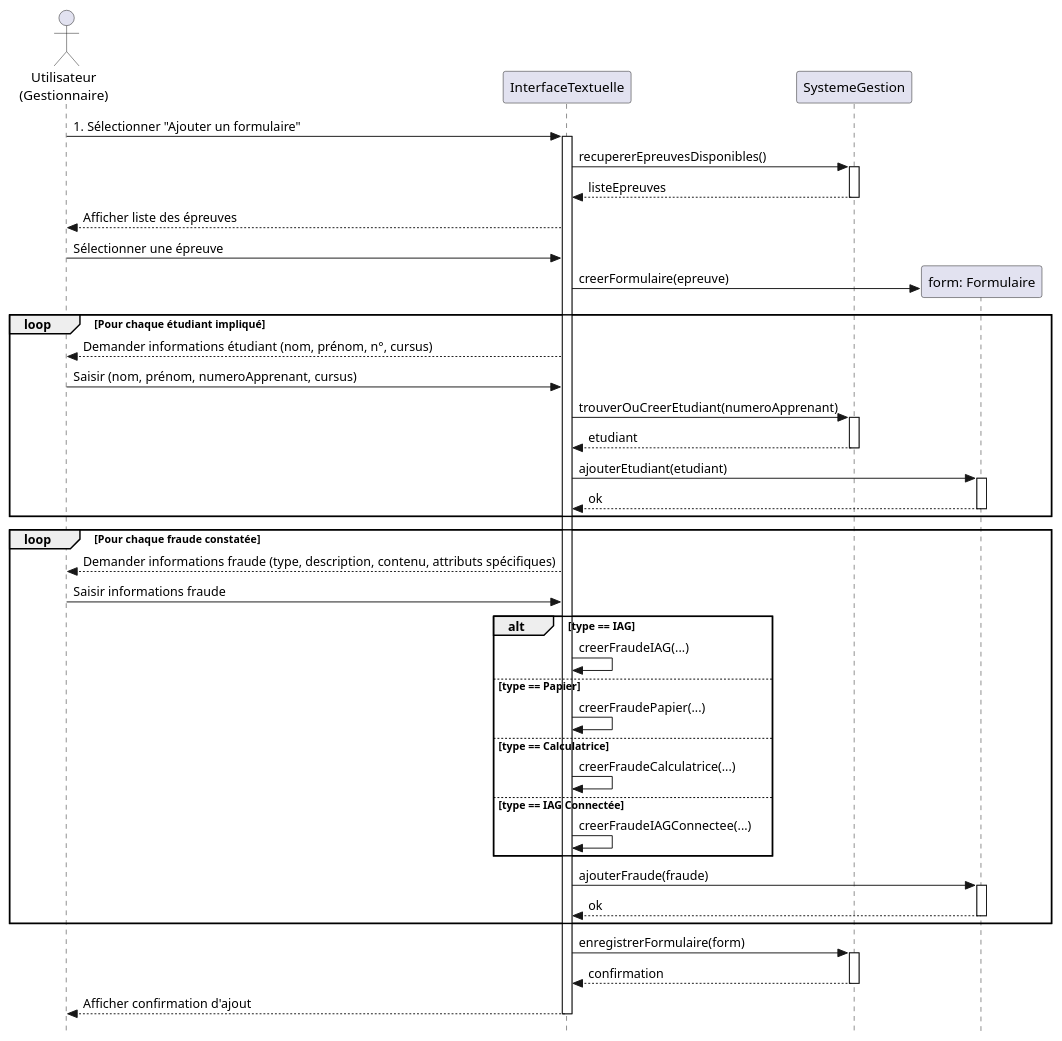
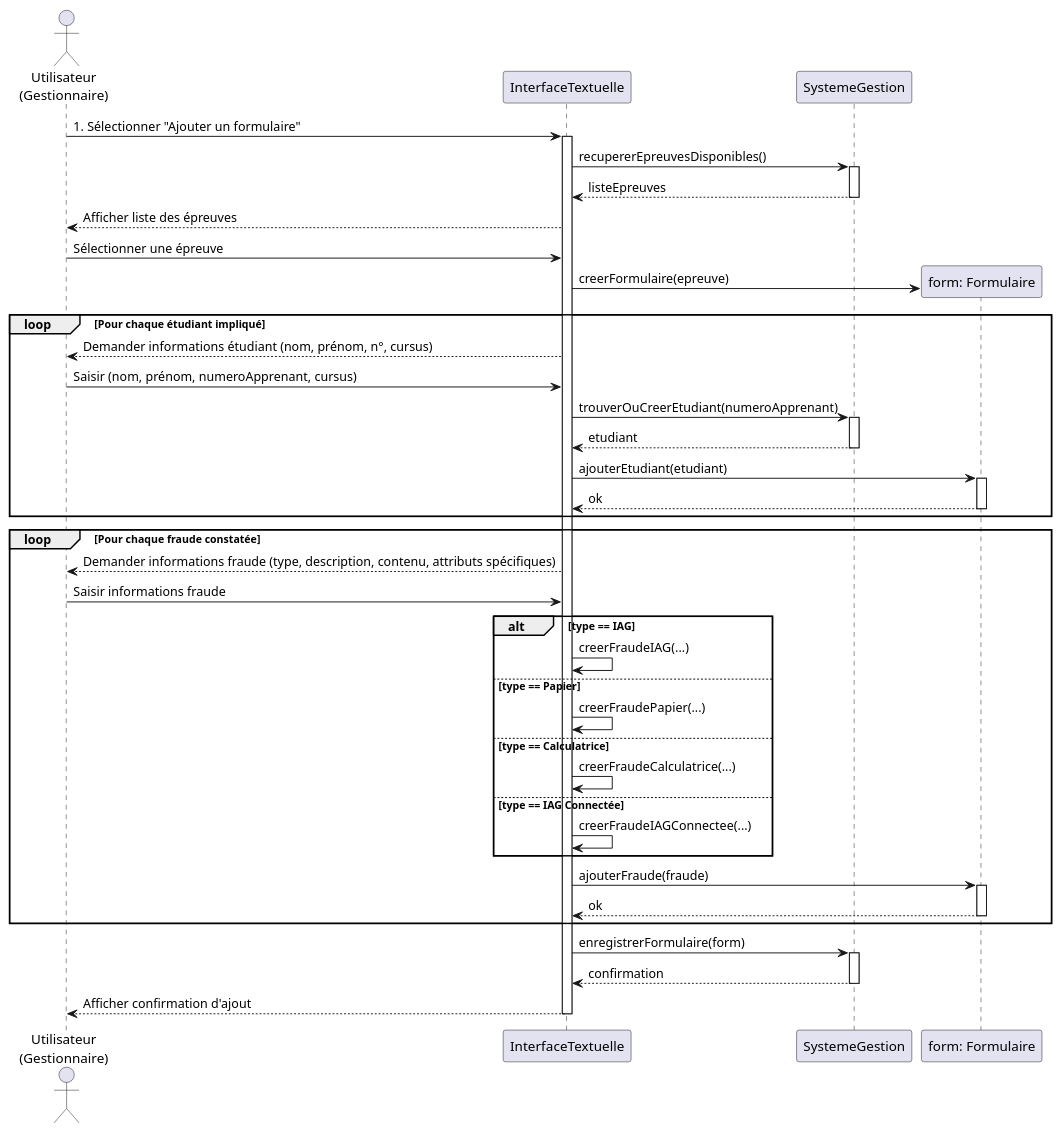
One commit to guillaumepgt/ProjetFraude changed the diagram in diagramme/Sequence.puml. Above: the diagram before and after it, drawn with PlantUML. The commit also changed 2 other files, not shown here.

Commit message:
ajout sequence

```diff
--- a/diagramme/Sequence.puml
+++ b/diagramme/Sequence.puml
@@ -1,62 +1,61 @@
 @startuml
-skinparam style strictuml
 
 actor "Utilisateur\n(Gestionnaire)" as User
 participant "InterfaceTextuelle" as UI
 participant "SystemeGestion" as Sys
 participant "form: Formulaire" as Form
 
 User -> UI : 1. Sélectionner "Ajouter un formulaire"
 activate UI
 
 UI -> Sys : recupererEpreuvesDisponibles()
 activate Sys
 Sys --> UI : listeEpreuves
 deactivate Sys
 
 UI --> User : Afficher liste des épreuves
 User -> UI : Sélectionner une épreuve
 UI -> Form ** : creerFormulaire(epreuve)
 
 loop Pour chaque étudiant impliqué
     UI --> User : Demander informations étudiant (nom, prénom, n°, cursus)
     User -> UI : Saisir (nom, prénom, numeroApprenant, cursus)
     UI -> Sys : trouverOuCreerEtudiant(numeroApprenant)
     activate Sys
     Sys --> UI : etudiant
     deactivate Sys
     UI -> Form : ajouterEtudiant(etudiant)
     activate Form
     Form --> UI : ok
     deactivate Form
 end
 
 loop Pour chaque fraude constatée
     UI --> User : Demander informations fraude (type, description, contenu, attributs spécifiques)
     User -> UI : Saisir informations fraude
 
     alt type == IAG
         UI -> UI : creerFraudeIAG(...)
     else type == Papier
         UI -> UI : creerFraudePapier(...)
     else type == Calculatrice
         UI -> UI : creerFraudeCalculatrice(...)
     else type == IAG Connectée
         UI -> UI : creerFraudeIAGConnectee(...)
     end
 
     UI -> Form : ajouterFraude(fraude)
     activate Form
     Form --> UI : ok
     deactivate Form
 end
 
 UI -> Sys : enregistrerFormulaire(form)
 activate Sys
 Sys --> UI : confirmation
 deactivate Sys
 
 UI --> User : Afficher confirmation d'ajout
 deactivate UI
 
 @enduml
```
